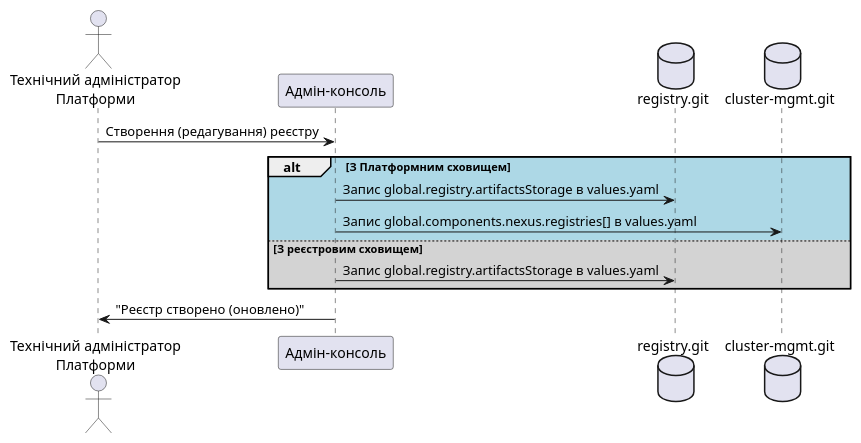
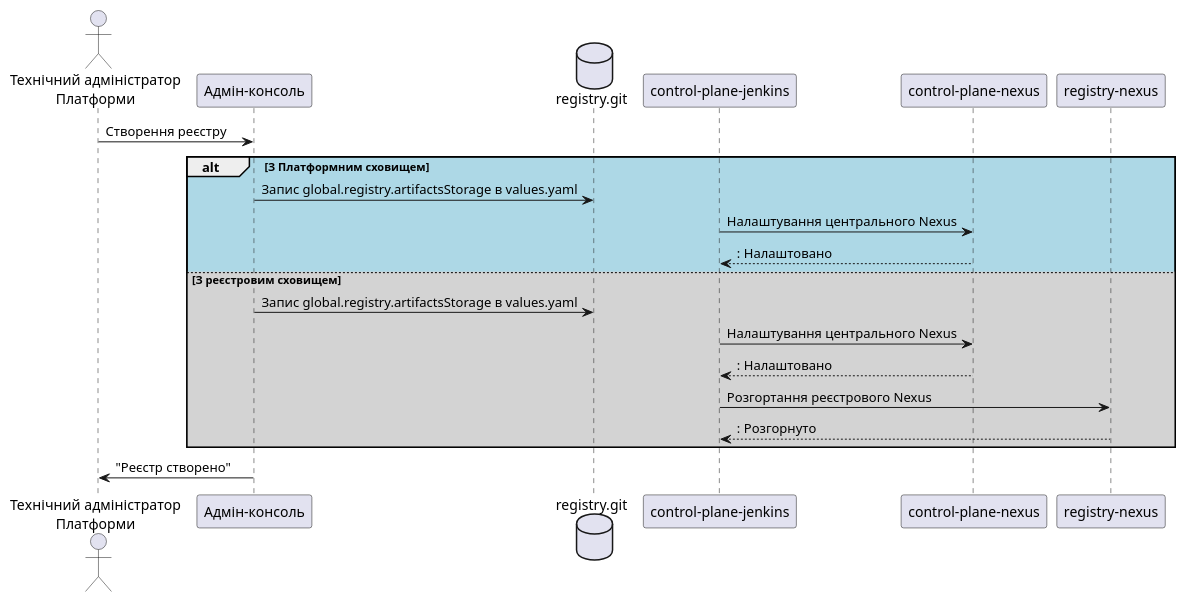
Before and after one commit to epam/edp-ddm-architecture: the diagram in docs/ua/modules/arch/pages/architecture-workspace/platform-evolution/optional-registry-nexus/optional-registry-nexus.adoc, drawn with PlantUML. The commit also changed other lines of this file, not shown here.

```diff
--- a/docs/ua/modules/arch/pages/architecture-workspace/platform-evolution/optional-registry-nexus/optional-registry-nexus.adoc
+++ b/docs/ua/modules/arch/pages/architecture-workspace/platform-evolution/optional-registry-nexus/optional-registry-nexus.adoc
@@ -141,17 +131,23 @@
 [plantuml]
 ----
 actor "Технічний адміністратор\nПлатформи" as admin
 participant "Адмін-консоль" as console
 database "registry.git" as registry
-database "cluster-mgmt.git" as cluster
+participant "control-plane-jenkins" as cpjenkins
+participant "control-plane-nexus" as cpnexus
+participant "registry-nexus" as nexus
 
-admin -> console: Створення (редагування) реєстру
+admin -> console: Створення реєстру
 alt #LightBlue З Платформним сховищем
 console -> registry: Запис global.registry.artifactsStorage в values.yaml
-console -> cluster: Запис global.components.nexus.registries[] в values.yaml
+cpjenkins -> cpnexus: Налаштування центрального Nexus
+return: Налаштовано
 else #LightGray З реєстровим сховищем
 console -> registry: Запис global.registry.artifactsStorage в values.yaml
+cpjenkins -> cpnexus: Налаштування центрального Nexus
+return: Налаштовано
+cpjenkins -> nexus: Розгортання реєстрового Nexus
+return: Розгорнуто
 end
-console -> admin: "Реєстр створено (оновлено)"
-
+console -> admin: "Реєстр створено"
 ----
```
